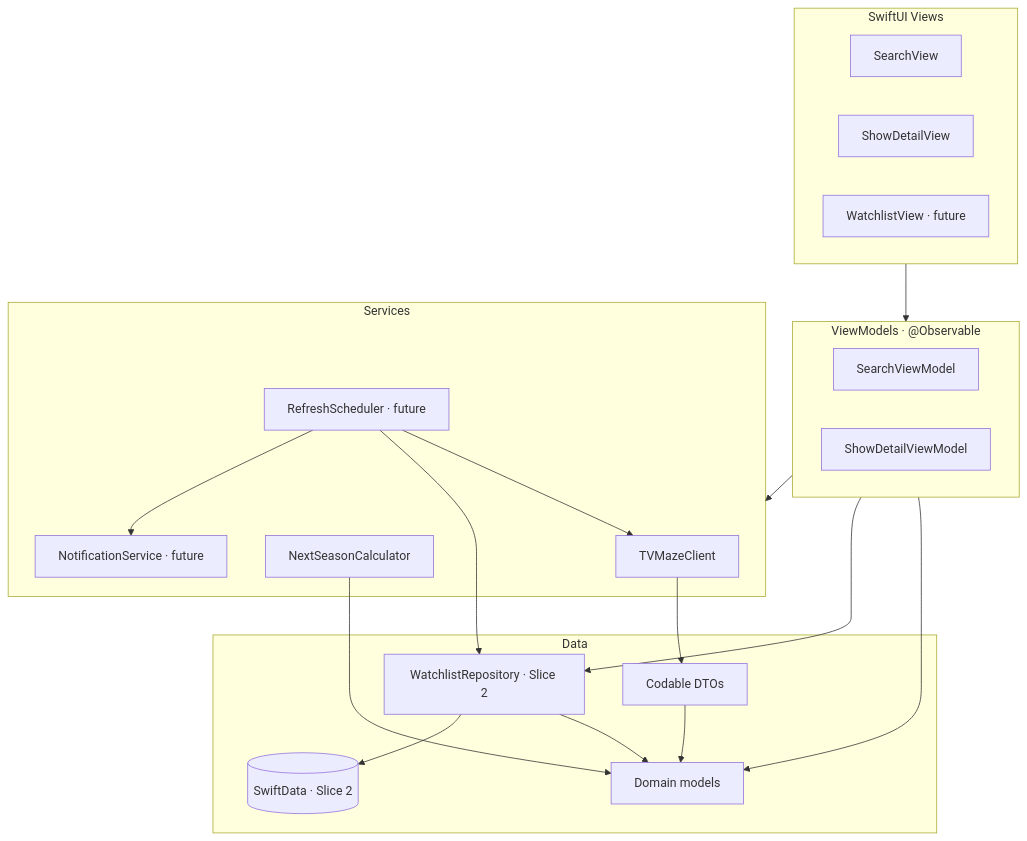
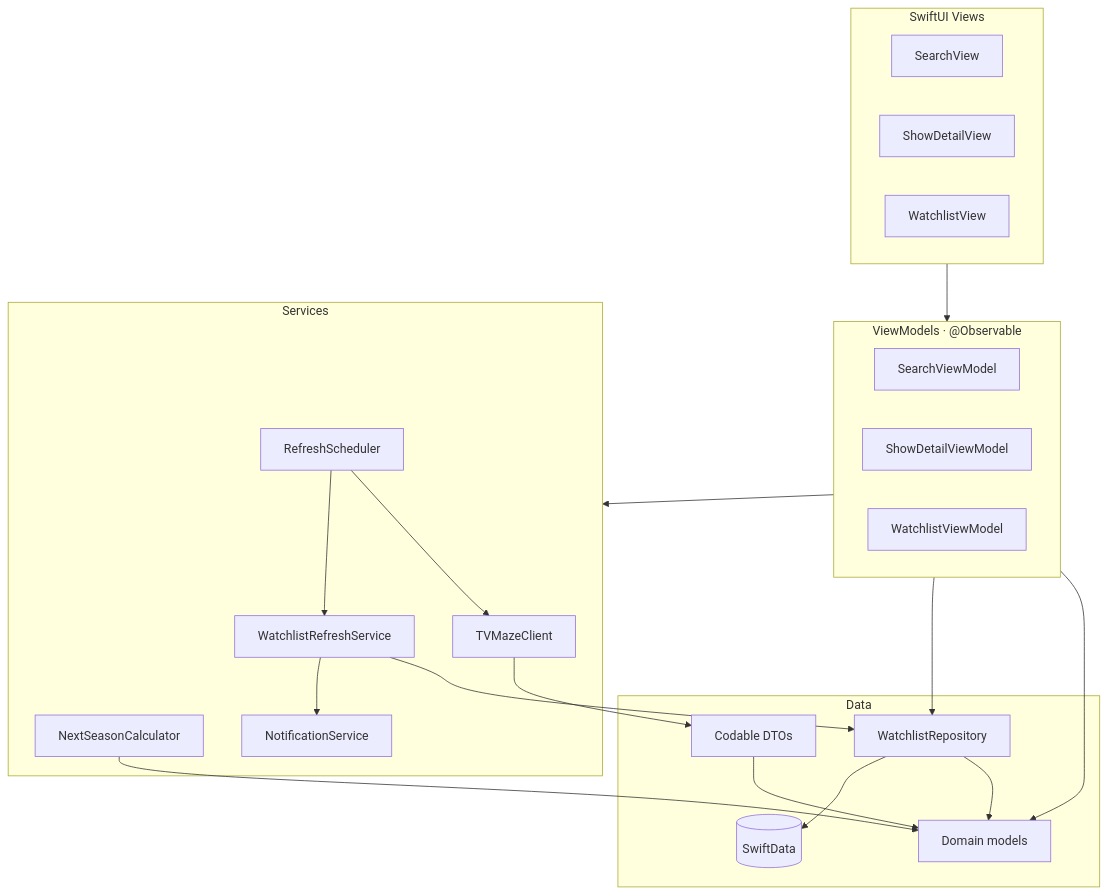
Before and after one commit to janineanne/NextSeason: the diagram in Documentation/MVP/Architecture.md, drawn with Mermaid. The commit also changed other lines of this file and 29 other files, not shown here.

````diff
--- a/Documentation/MVP/Architecture.md
+++ b/Documentation/MVP/Architecture.md
@@ -32,35 +35,38 @@
 ```mermaid
 flowchart TD
     subgraph UI [SwiftUI Views]
         SearchView
         ShowDetailView
-        WatchlistView[WatchlistView · future]
+        WatchlistView
     end
     subgraph VM [ViewModels · @Observable]
         SearchViewModel
         ShowDetailViewModel
+        WatchlistViewModel
     end
     subgraph SVC [Services]
         TVMazeClient
         NextSeasonCalculator
-        NotificationService[NotificationService · future]
-        RefreshScheduler[RefreshScheduler · future]
+        NotificationService
+        RefreshScheduler
+        WatchlistRefreshService
     end
     subgraph DATA [Data]
         DTOs[Codable DTOs]
         Domain[Domain models]
-        Repo[WatchlistRepository · Slice 2]
-        Store[(SwiftData · Slice 2)]
+        Repo[WatchlistRepository]
+        Store[(SwiftData)]
     end
 
     UI --> VM --> SVC
     TVMazeClient --> DTOs --> Domain
     NextSeasonCalculator --> Domain
     VM --> Domain
     VM --> Repo
     Repo --> Domain
     Repo --> Store
     RefreshScheduler --> TVMazeClient
-    RefreshScheduler --> Repo
-    RefreshScheduler --> NotificationService
+    RefreshScheduler --> WatchlistRefreshService
+    WatchlistRefreshService --> Repo
+    WatchlistRefreshService --> NotificationService
 ```
````
